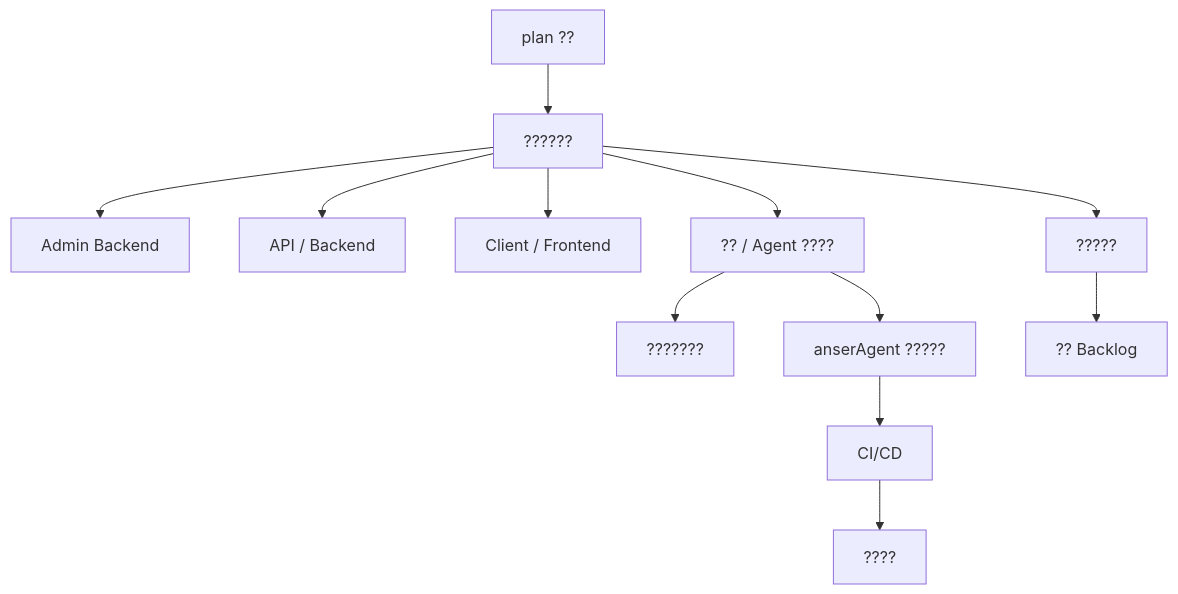
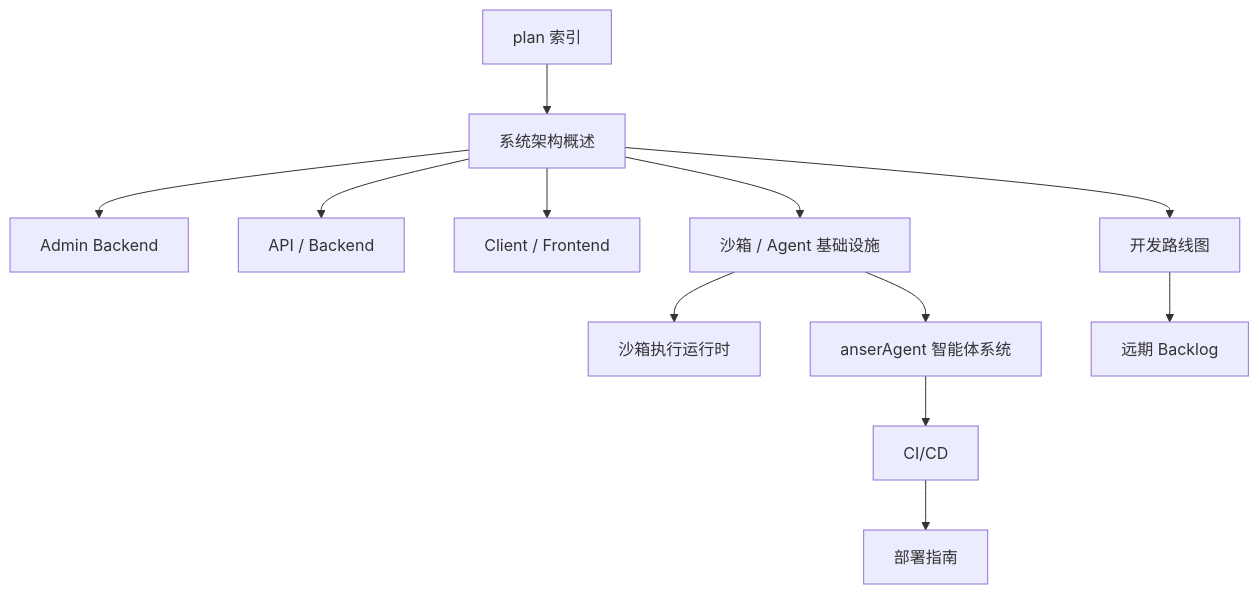
The diagram in wiki/README.md (huagelong/flowCode), drawn with Mermaid before and after one commit. The commit also changed other lines of this file and 213 other files, not shown here.

````diff
--- a/wiki/README.md
+++ b/wiki/README.md
@@ -26,14 +26,14 @@
 ```mermaid
 graph TD
-    A[plan ??] --> B[??????]
+    A[plan 索引] --> B[系统架构概述]
     B --> C[Admin Backend]
     B --> D[API / Backend]
     B --> E[Client / Frontend]
-    B --> F[?? / Agent ????]
-    F --> G[???????]
-    F --> H[anserAgent ?????]
+    B --> F[沙箱 / Agent 基础设施]
+    F --> G[沙箱执行运行时]
+    F --> H[anserAgent 智能体系统]
     H --> I[CI/CD]
-    I --> J[????]
-    B --> K[?????]
-    K --> L[?? Backlog]
+    I --> J[部署指南]
+    B --> K[开发路线图]
+    K --> L[远期 Backlog]
 ```
````
